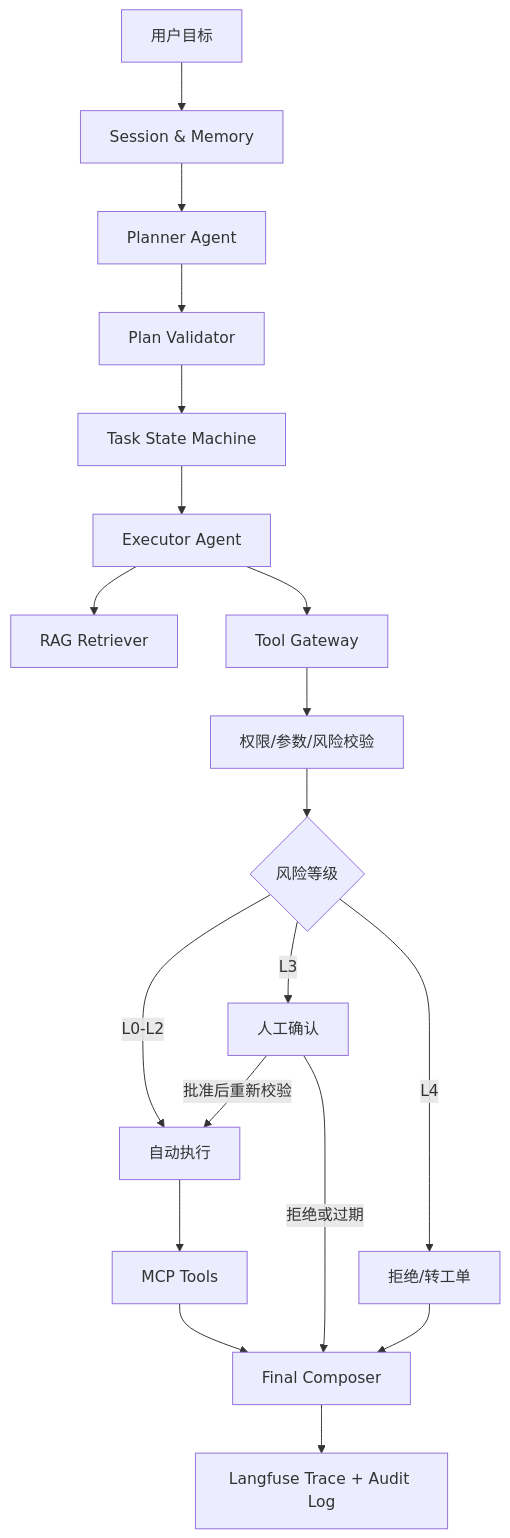
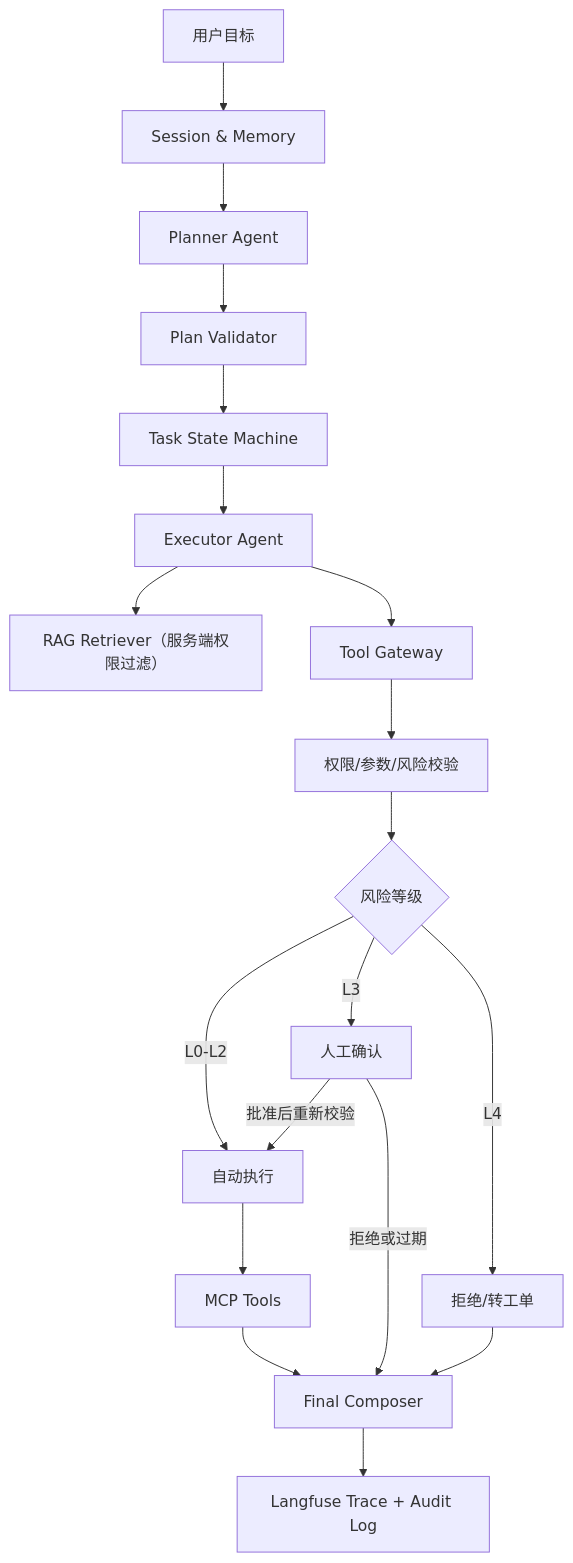
The first of 3 diagrams in 10-AI应用开发/08-项目实战/07-项目-业务Agent系统.md (GuoWWWX/knowledge-base), drawn with Mermaid before and after one commit. The commit also changed other lines of this file and 368 other files, not shown here.

````diff
--- a/10-AI应用开发/08-项目实战/07-项目-业务Agent系统.md
+++ b/10-AI应用开发/08-项目实战/07-项目-业务Agent系统.md
@@ -62,21 +61,21 @@
 ```mermaid
 flowchart TD
     A[用户目标] --> B[Session & Memory]
     B --> C[Planner Agent]
     C --> D[Plan Validator]
     D --> E[Task State Machine]
     E --> F[Executor Agent]
-    F --> G[RAG Retriever]
+    F --> G["RAG Retriever（服务端权限过滤）"]
     F --> H[Tool Gateway]
     H --> J[权限/参数/风险校验]
     J --> K{风险等级}
     K -->|L0-L2| L[自动执行]
     K -->|L3| M[人工确认]
     K -->|L4| N[拒绝/转工单]
     M -->|批准后重新校验| L
     L --> I[MCP Tools]
     I --> O[Final Composer]
     M -->|拒绝或过期| O
     N --> O
     O --> P[Langfuse Trace + Audit Log]
 ```
````
